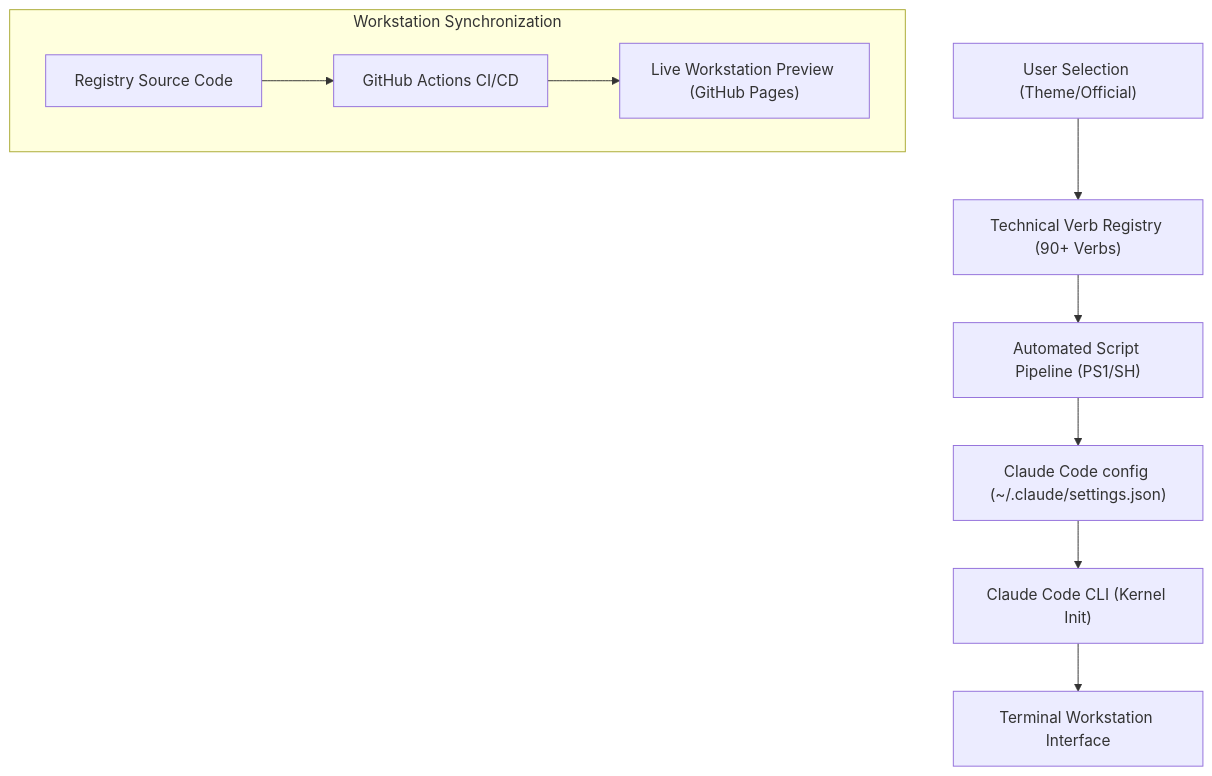
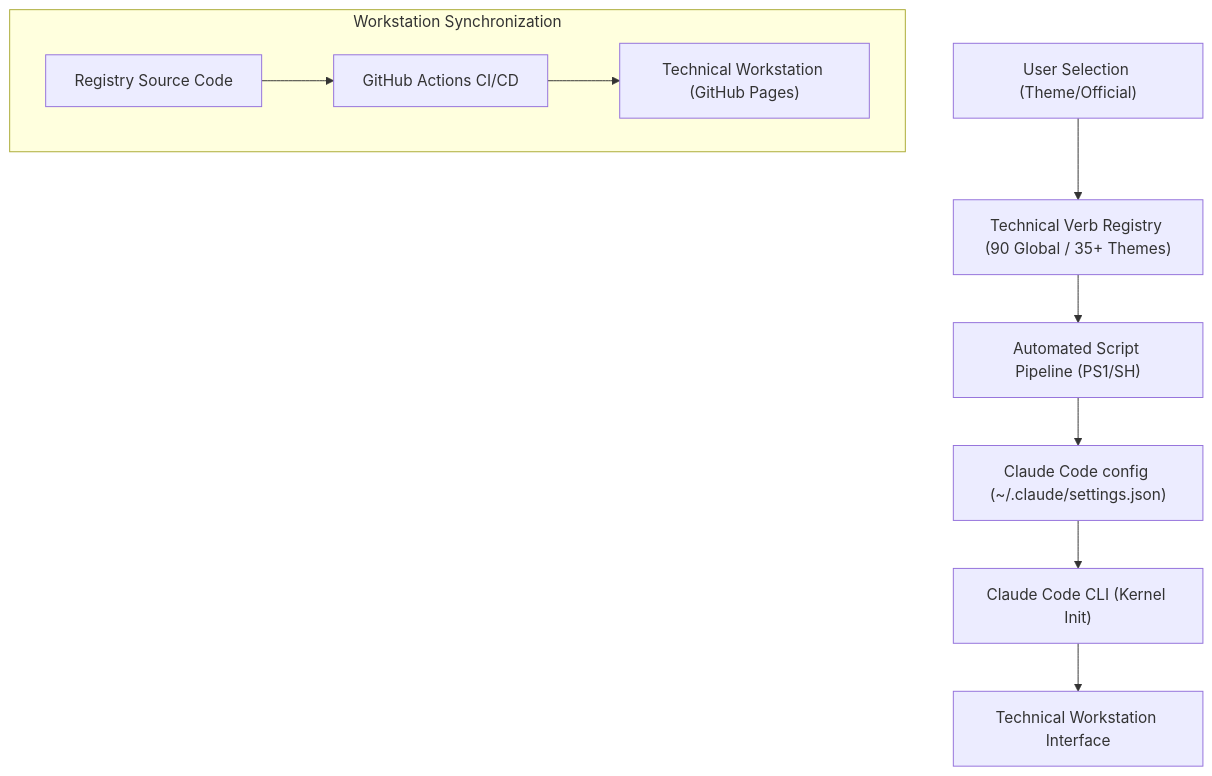
One commit to Haloufde9815/CLAUDE-SPINNER-WORDS changed the diagram in docs/SPECIFICATION.md. Above: the diagram before and after it, drawn with Mermaid. The commit also changed other lines of this file and 1 other file, not shown here.

````diff
--- a/docs/SPECIFICATION.md
+++ b/docs/SPECIFICATION.md
@@ -9,13 +9,13 @@
 ```mermaid
 graph TD
-    User["User Selection (Theme/Official)"] --> Registry["Technical Verb Registry (90+ Verbs)"]
+    User["User Selection (Theme/Official)"] --> Registry["Technical Verb Registry (90 Global / 35+ Themes)"]
     Registry --> Pipeline["Automated Script Pipeline (PS1/SH)"]
     Pipeline --> Config["Claude Code config (~/.claude/settings.json)"]
     Config --> CLI["Claude Code CLI (Kernel Init)"]
-    CLI --> UI["Terminal Workstation Interface"]
+    CLI --> UI["Technical Workstation Interface"]
     
     subgraph "Workstation Synchronization"
     Source["Registry Source Code"] --> Actions["GitHub Actions CI/CD"]
-    Actions --> Preview["Live Workstation Preview (GitHub Pages)"]
+    Actions --> Preview["Technical Workstation (GitHub Pages)"]
     end
 ```
````
